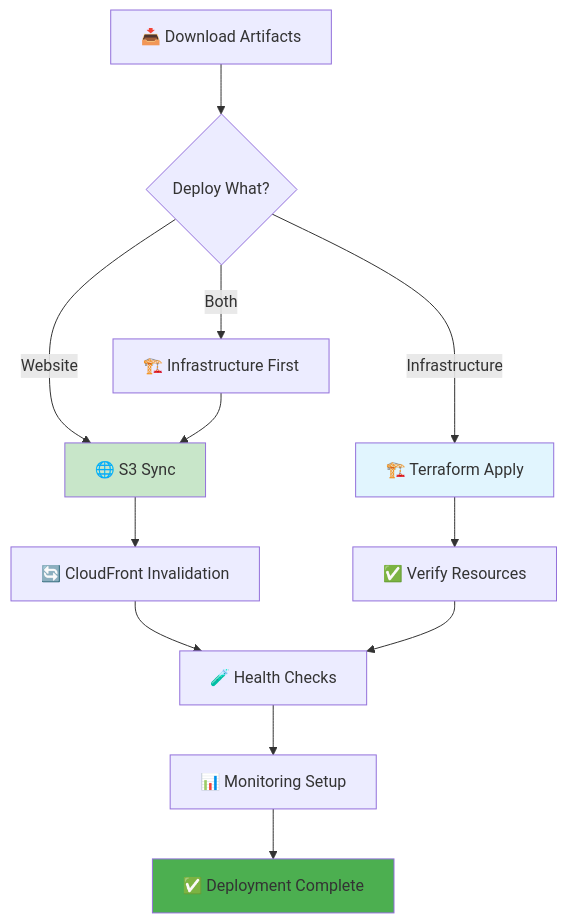
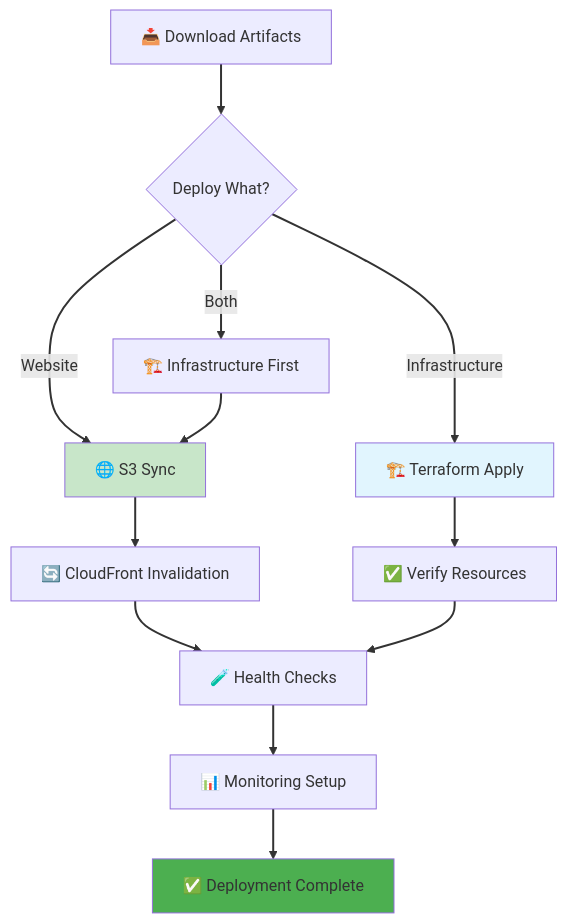
One commit to Celtikill/static-site changed the fifth of 6 diagrams in docs/ci-cd.md. Above: the diagram before and after it, drawn with Mermaid. The commit also changed other lines of this file and 17 other files, not shown here.

````diff
--- a/docs/ci-cd.md
+++ b/docs/ci-cd.md
@@ -248,20 +296,36 @@
 ```mermaid
+%%{init: {'theme':'default', 'themeVariables': {'fontSize':'16px'}}}%%
 graph TD
+    accTitle: RUN Phase Deployment Orchestration Workflow
+    accDescr: Flexible deployment orchestration supporting infrastructure-only, website-only, or combined deployments with comprehensive validation. The workflow retrieves validated artifacts from the TEST phase and determines deployment scope based on workflow inputs. Infrastructure deployment uses OpenTofu to provision AWS resources via OIDC authentication to the Management Account Central Role, then assumes environment-specific roles in target accounts for deployment. Resources deployed include S3 buckets with KMS encryption, CloudFront distributions with WAF protection when enabled, CloudWatch monitoring dashboards and alarms, SNS notification topics, and KMS encryption keys. Website deployment syncs static content to S3 with intelligent delta uploads transferring only changed files, gzip compression for text resources, proper cache-control headers for optimal CDN performance, and CloudFront cache invalidation when distributions are enabled. Combined deployments execute infrastructure provisioning first ensuring resources exist before website content deployment. Resource verification validates successful infrastructure provisioning checking resource states and outputs. Health checks validate website accessibility with HTTP 200 responses, security headers presence, CloudFront serving, active WAF rules, and monitoring dashboard availability. Monitoring setup configures observability with metrics collection and alerting. The RUN phase completes in approximately 1 minute 30 seconds to 2 minutes. Deployment failures trigger automatic rollback to the last known good state preserving service availability and implementing safe deployment practices.
+
     A["📥 Download Artifacts"] --> B{"Deploy What?"}
     B -->|"Infrastructure"| C["🏗️ Terraform Apply"]
     B -->|"Website"| D["🌐 S3 Sync"]
     B -->|"Both"| E["🏗️ Infrastructure First"]
 
     C --> F["✅ Verify Resources"]
     D --> G["🔄 CloudFront Invalidation"]
     E --> D
 
     G --> H["🧪 Health Checks"]
     F --> H
     H --> I["📊 Monitoring Setup"]
     I --> J["✅ Deployment Complete"]
 
     style C fill:#e1f5fe
     style D fill:#c8e6c9
     style J fill:#4caf50
+
+    linkStyle 0 stroke:#333333,stroke-width:2px
+    linkStyle 1 stroke:#333333,stroke-width:2px
+    linkStyle 2 stroke:#333333,stroke-width:2px
+    linkStyle 3 stroke:#333333,stroke-width:2px
+    linkStyle 4 stroke:#333333,stroke-width:2px
+    linkStyle 5 stroke:#333333,stroke-width:2px
+    linkStyle 6 stroke:#333333,stroke-width:2px
+    linkStyle 7 stroke:#333333,stroke-width:2px
+    linkStyle 8 stroke:#333333,stroke-width:2px
+    linkStyle 9 stroke:#333333,stroke-width:2px
+    linkStyle 10 stroke:#333333,stroke-width:2px
 ```
````
